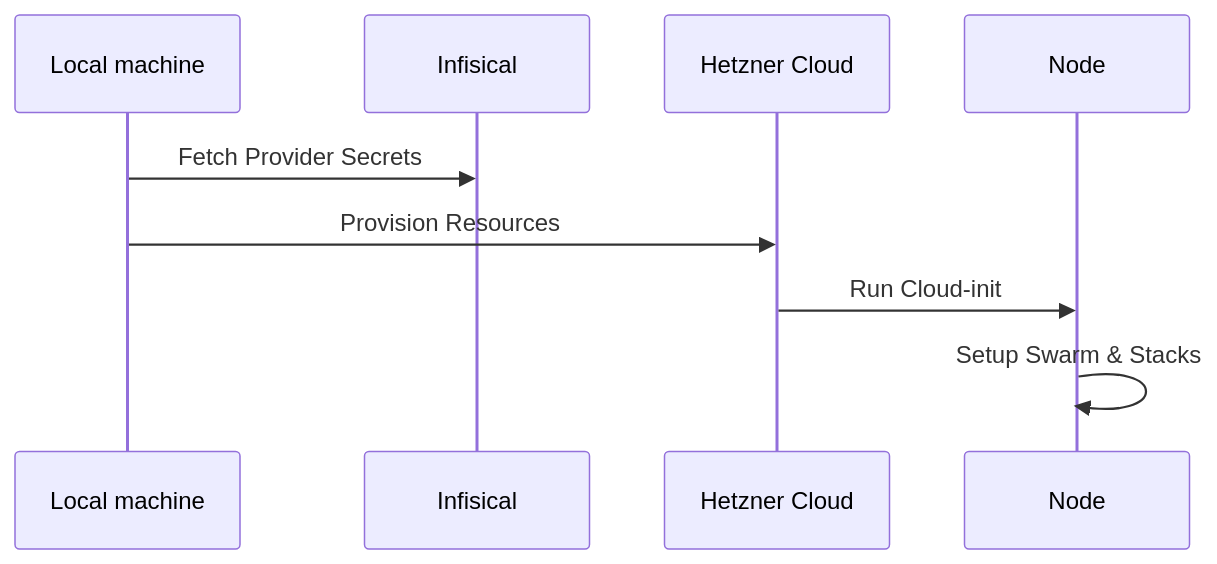
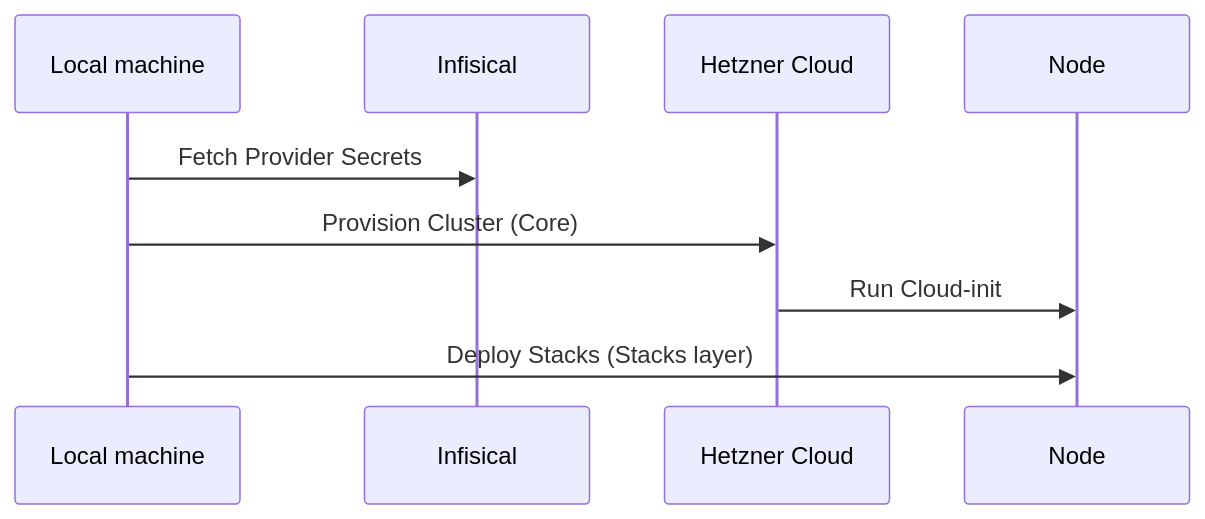
Before and after one commit to fsz-codeshop/n8n-hetzner-infrastructure: the diagram in terraform/README.md, drawn with Mermaid. The commit also changed other lines of this file and 19 other files, not shown here.

````diff
--- a/terraform/README.md
+++ b/terraform/README.md
@@ -28,12 +35,12 @@
 ```mermaid
 sequenceDiagram
     participant OS as Local machine
     participant Inf as Infisical
     participant Htz as Hetzner Cloud
     participant Server as Node
     
     OS->>Inf: Fetch Provider Secrets
-    OS->>Htz: Provision Resources
+    OS->>Htz: Provision Cluster (Core)
     Htz->>Server: Run Cloud-init
-    Server->>Server: Setup Swarm & Stacks
+    OS->>Server: Deploy Stacks (Stacks layer)
 ```
````
